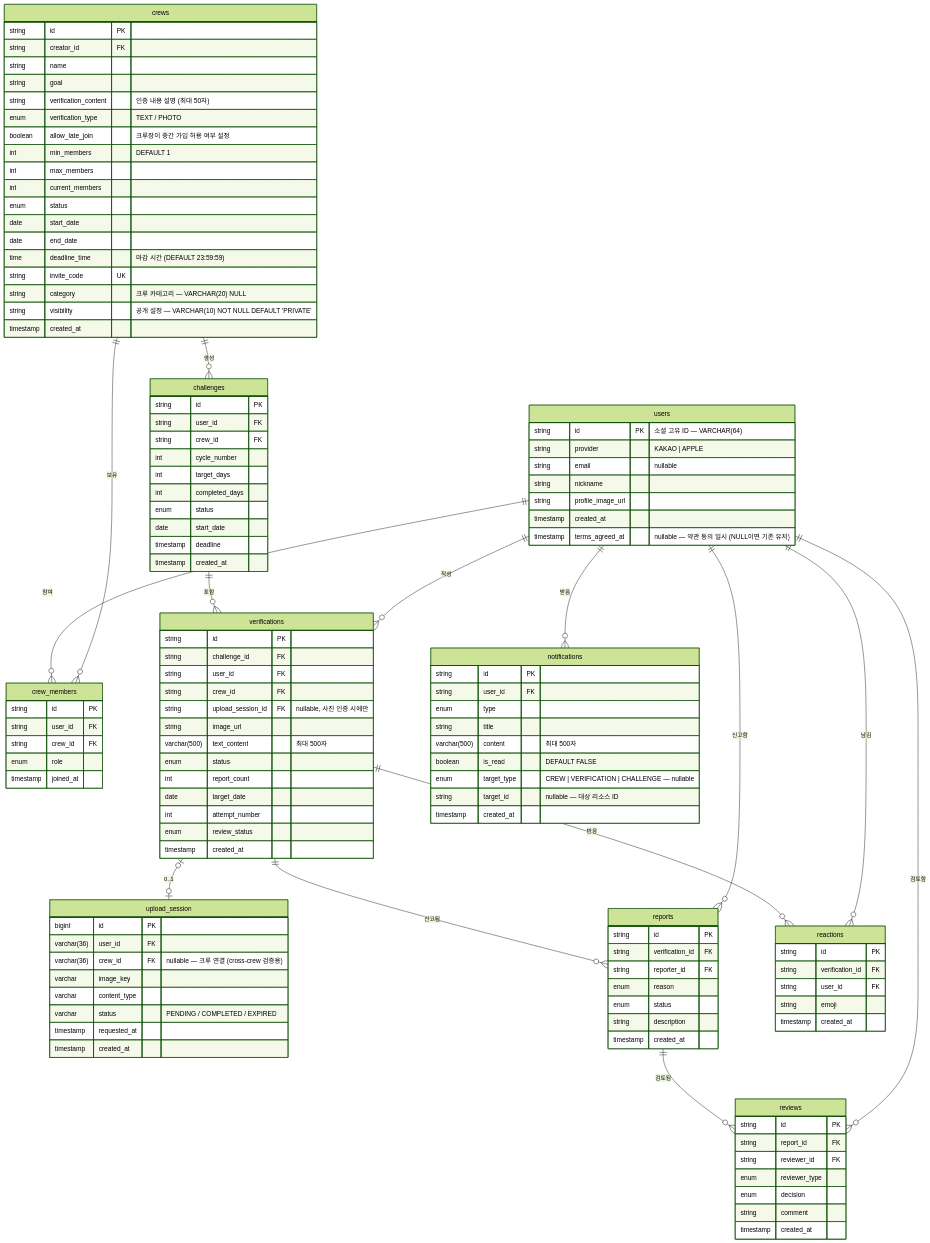
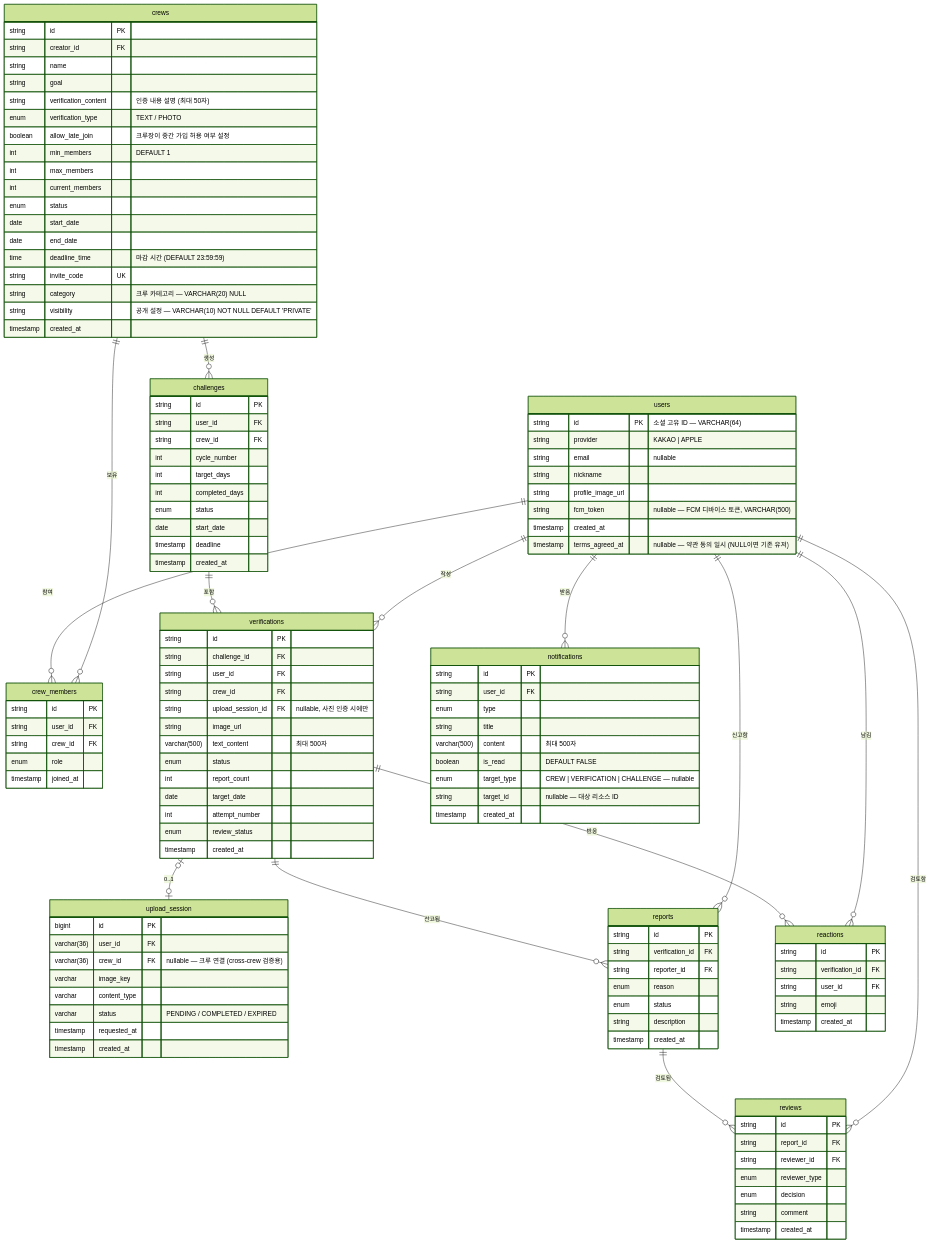
The diagram in docs/spec/schema.md (JianYang98/TriAgain), drawn with Mermaid (forest theme) before and after one commit. The commit also changed other lines of this file and 27 other files, not shown here.

```diff
--- a/docs/spec/schema.md
+++ b/docs/spec/schema.md
@@ -31,6 +31,7 @@
         string email "nullable"
         string nickname
         string profile_image_url
+        string fcm_token "nullable — FCM 디바이스 토큰, VARCHAR(500)"
         timestamp created_at
         timestamp terms_agreed_at "nullable — 약관 동의 일시 (NULL이면 기존 유저)"
     }
```
